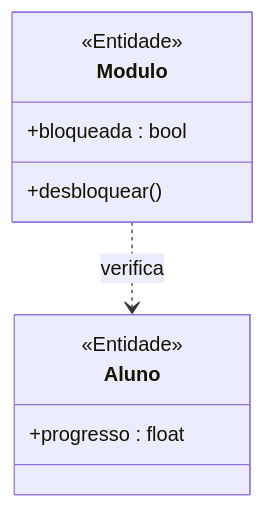
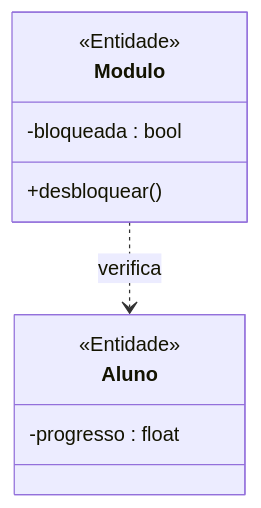
One commit to MayconDIS/PIM_III-Documentacao_UML changed the first of 2 diagrams in 02_Modelagem_UML_Astah/UC13_Desbloquear_Fases_Modulos/README.md. Above: the diagram before and after it, drawn with Mermaid. The commit also changed other lines of this file and 14 other files, not shown here.

Commit message:
docs(casos-uso): injeta fluxos normais e alternativos nos READMEs e atualiza mermaid

````diff
--- a/02_Modelagem_UML_Astah/UC13_Desbloquear_Fases_Modulos/README.md
+++ b/02_Modelagem_UML_Astah/UC13_Desbloquear_Fases_Modulos/README.md
@@ -40,13 +44,13 @@
 ```mermaid
 classDiagram
     class Modulo {
         <<Entidade>>
-        +bloqueada : bool
+        -bloqueada : bool
         +desbloquear()
     }
     class Aluno {
         <<Entidade>>
-        +progresso : float
+        -progresso : float
     }
     Modulo ..> Aluno : verifica
 ```
````
